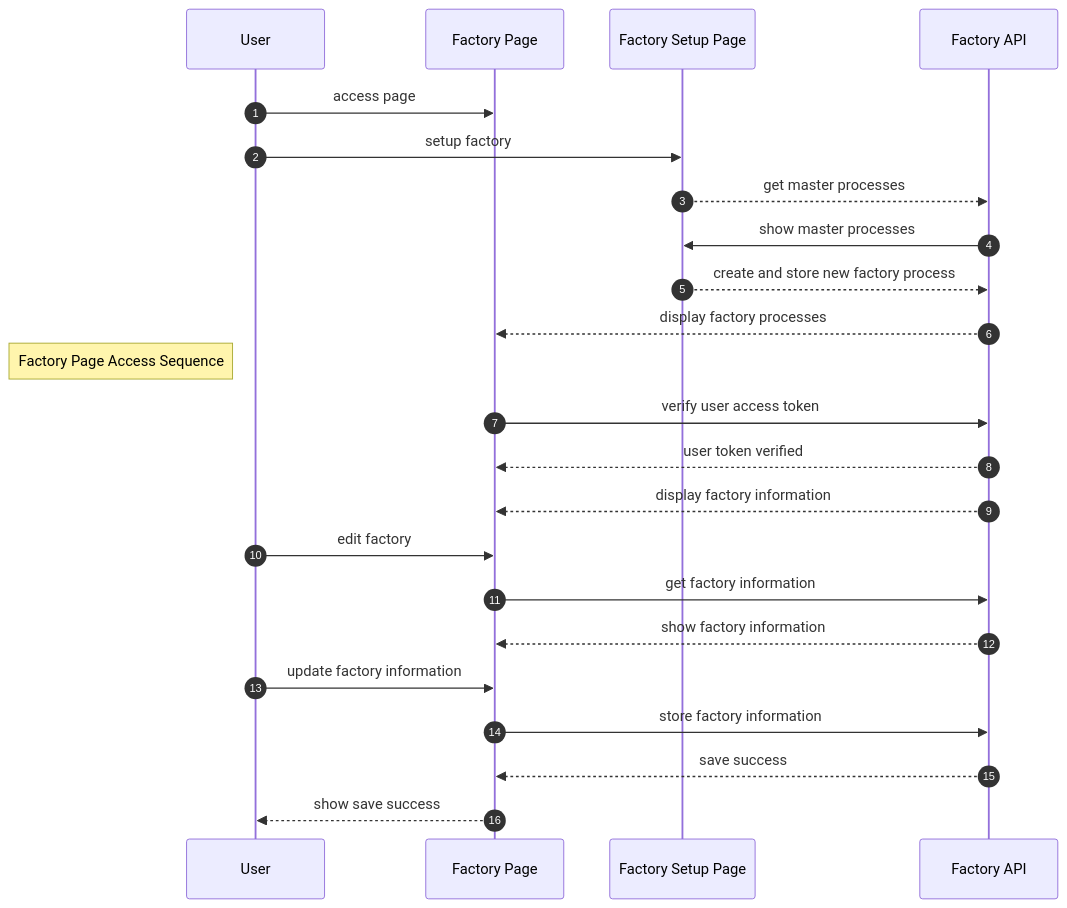
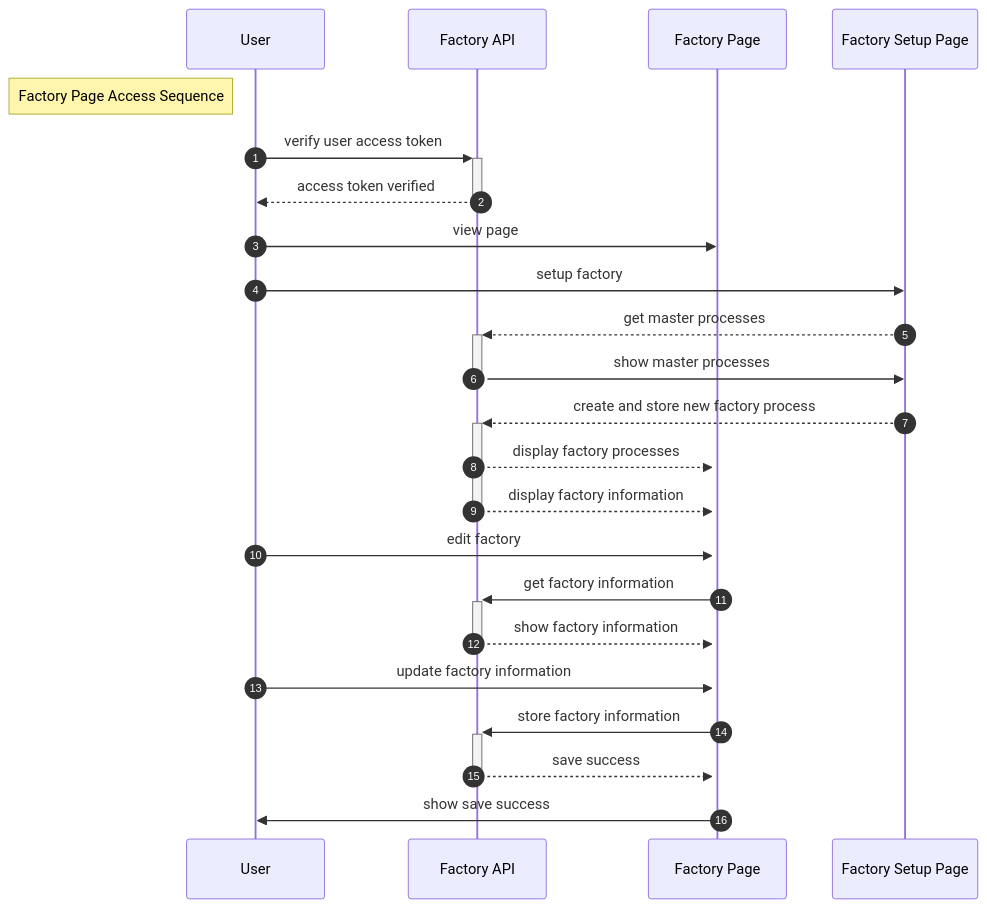
Before and after one commit to qxduddes/factory-sdd: the fifth of 6 diagrams in readme.md, drawn with Mermaid. The commit also changed other lines of this file, not shown here.

Commit message:
add factory setup sequence

````diff
--- a/readme.md
+++ b/readme.md
@@ -98,21 +98,21 @@
 ```mermaid
     sequenceDiagram
     autonumber
-    User->>Factory Page:access page;
+    Note left of User:Factory Page Access Sequence;
+    User->>+Factory API:verify user access token;
+    Factory API-->>-User:access token verified;
+    User->>Factory Page:view page;
     User->>Factory Setup Page:setup factory;
-    Factory Setup Page-->>Factory API:get master processes;
-    Factory API->>Factory Setup Page:show master processes;
-    Factory Setup Page-->>Factory API:create and store new factory process;
-    Factory API-->>Factory Page:display factory processes;
-    Note left of User:Factory Page Access Sequence;
-    Factory Page->>Factory API:verify user access token;
-    Factory API-->>Factory Page:user token verified;
-    Factory API-->>Factory Page:display factory information;
+    Factory Setup Page-->>+Factory API:get master processes;
+    Factory API->>-Factory Setup Page:show master processes;
+    Factory Setup Page-->>+Factory API:create and store new factory process;
+    Factory API-->>+Factory Page:display factory processes;
+    Factory API-->>-Factory Page:display factory information;
     User->>Factory Page:edit factory;
-    Factory Page->>Factory API:get factory information;
-    Factory API-->>Factory Page:show factory information;
+    Factory Page->>+Factory API:get factory information;
+    Factory API-->>-Factory Page:show factory information;
     User->>Factory Page:update factory information;
-    Factory Page->>Factory API:store factory information;
-    Factory API-->>Factory Page:save success;
-    Factory Page-->>User:show save success;
+    Factory Page->>+Factory API:store factory information;
+    Factory API-->>-Factory Page:save success;
+    Factory Page->>User:show save success;
 ```
````
